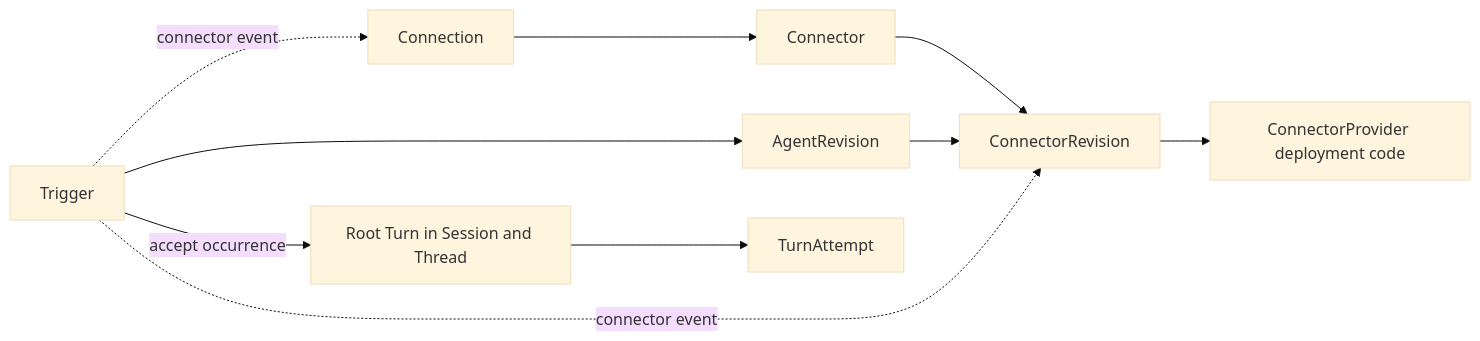
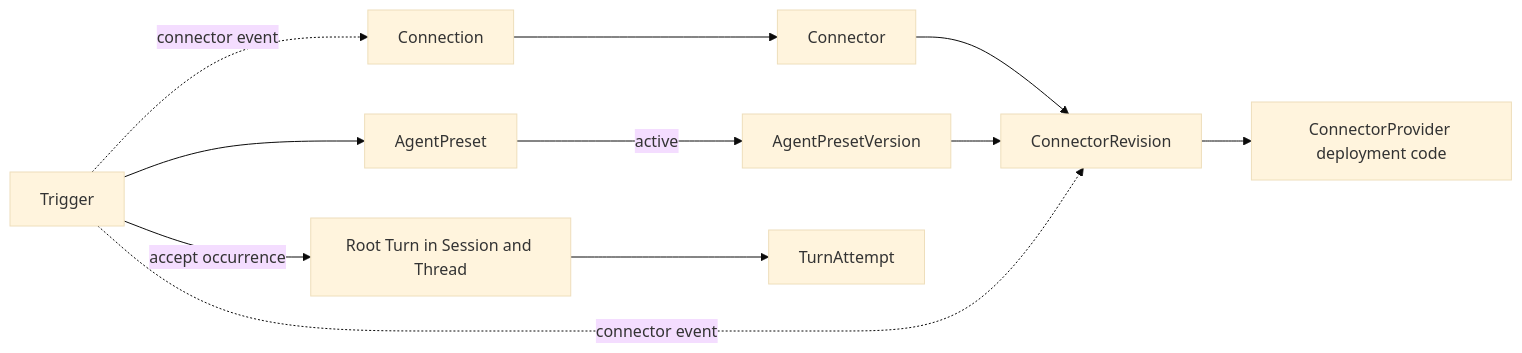
The first of 4 diagrams in spec/foundation-service/23-connectors-connections-and-triggers.md (LTThreeComma/agent-foundation), drawn with Mermaid (base theme) before and after one commit. The commit also changed other lines of this file and 23 other files, not shown here.

````diff
--- a/spec/foundation-service/23-connectors-connections-and-triggers.md
+++ b/spec/foundation-service/23-connectors-connections-and-triggers.md
@@ -45,19 +45,21 @@
 ```mermaid
 flowchart LR
     Provider[ConnectorProvider deployment code]
     Connector[Connector]
     Revision[ConnectorRevision]
     Connection[Connection]
-    AgentRevision[AgentRevision]
+    AgentPreset[AgentPreset]
+    AgentPresetVersion[AgentPresetVersion]
     Trigger[Trigger]
     Turn[Root Turn in Session and Thread]
     Attempt[TurnAttempt]
 
     Connector --> Revision --> Provider
     Connection --> Connector
-    AgentRevision --> Revision
-    Trigger --> AgentRevision
+    AgentPreset -->|active| AgentPresetVersion
+    AgentPresetVersion --> Revision
+    Trigger --> AgentPreset
     Trigger -. connector event .-> Revision
     Trigger -. connector event .-> Connection
     Trigger -->|accept occurrence| Turn --> Attempt
 ```
````
